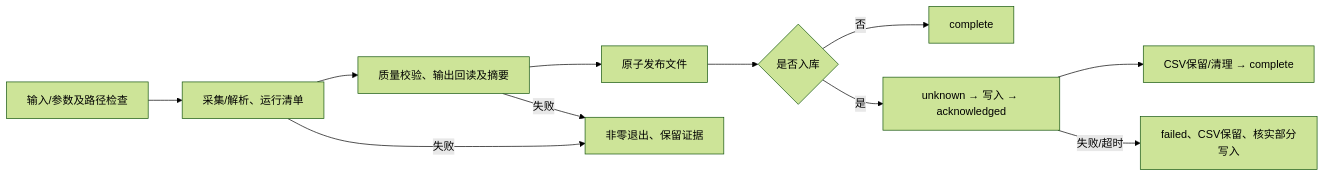
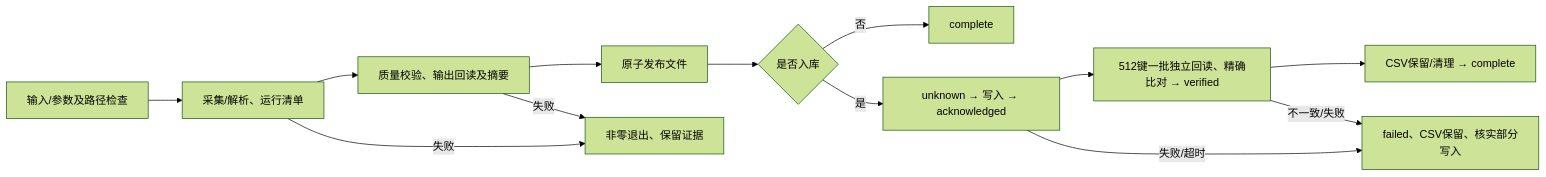
One commit to jelven007/rustdx changed the diagram in docs/REQUIREMENTS.md. Above: the diagram before and after it, drawn with Mermaid (forest theme). The commit also changed other lines of this file and 38 other files, not shown here.

````diff
--- a/docs/REQUIREMENTS.md
+++ b/docs/REQUIREMENTS.md
@@ -11,13 +11,15 @@
 ```mermaid
 flowchart LR
     A["输入/参数及路径检查"] --> B["采集/解析、运行清单"]
     B --> C["质量校验、输出回读及摘要"]
     C --> D["原子发布文件"]
     D --> E{"是否入库"}
     E -->|否| F["complete"]
     E -->|是| G["unknown → 写入 → acknowledged"]
-    G --> H["CSV保留/清理 → complete"]
+    G --> V["512键一批独立回读、精确比对 → verified"]
+    V --> H["CSV保留/清理 → complete"]
     B -->|失败| I["非零退出、保留证据"]
     C -->|失败| I
     G -->|失败/超时| J["failed、CSV保留、核实部分写入"]
+    V -->|不一致/失败| J
 ```
````
